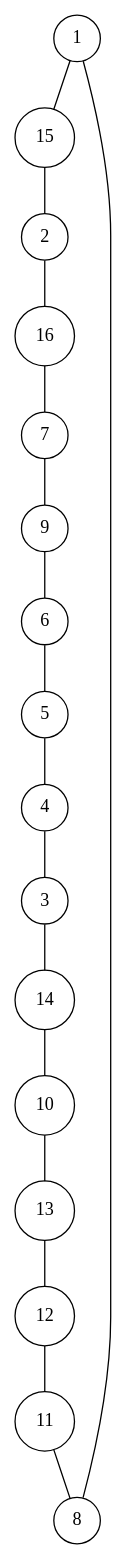
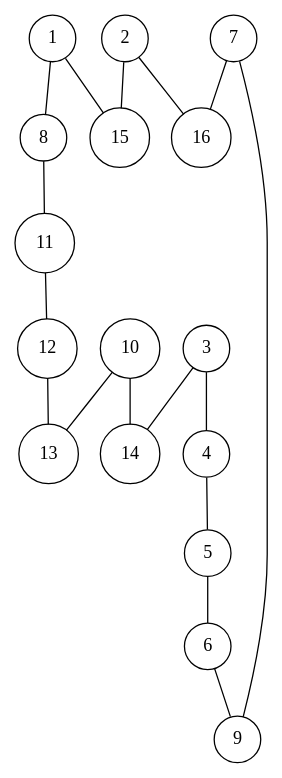
The diagram in data_tsplib/ulysses16/ulysses16.dot (lugot/tsp-approximation), drawn with Graphviz before and after one commit. The commit also changed 9 other files, not shown here.

```diff
--- a/data_tsplib/ulysses16/ulysses16.dot
+++ b/data_tsplib/ulysses16/ulysses16.dot
@@ -1,36 +1,36 @@
 graph ulysses16 {
 	node [shape=circle fillcolor=white]
 	1 [ pos = "18.549600,9.905409!"]
 	2 [ pos = "19.194761,12.684938!"]
 	3 [ pos = "19.674994,12.282319!"]
 	4 [ pos = "17.589134,11.215135!"]
 	5 [ pos = "16.240602,5.112782!"]
 	6 [ pos = "18.219743,5.913170!"]
 	7 [ pos = "18.636915,6.359447!"]
 	8 [ pos = "18.200340,9.915110!"]
 	9 [ pos = "20.000000,4.414261!"]
 	10 [ pos = "19.970895,6.330342!"]
 	11 [ pos = "17.501819,-2.527286!"]
 	12 [ pos = "18.661169,7.339316!"]
 	13 [ pos = "18.505942,7.446034!"]
 	14 [ pos = "18.195489,7.358719!"]
 	15 [ pos = "17.215620,6.946398!"]
 	16 [ pos = "19.092894,9.488237!"]
 
+	1 -- 8
 	1 -- 15
+	2 -- 15
 	2 -- 16
+	3 -- 4
 	3 -- 14
-	4 -- 3
-	5 -- 4
-	6 -- 5
+	4 -- 5
+	5 -- 6
+	6 -- 9
 	7 -- 9
-	8 -- 1
-	9 -- 6
+	7 -- 16
+	8 -- 11
 	10 -- 13
-	11 -- 8
-	12 -- 11
-	13 -- 12
-	14 -- 10
-	15 -- 2
-	16 -- 7
+	10 -- 14
+	11 -- 12
+	12 -- 13
 }
```
